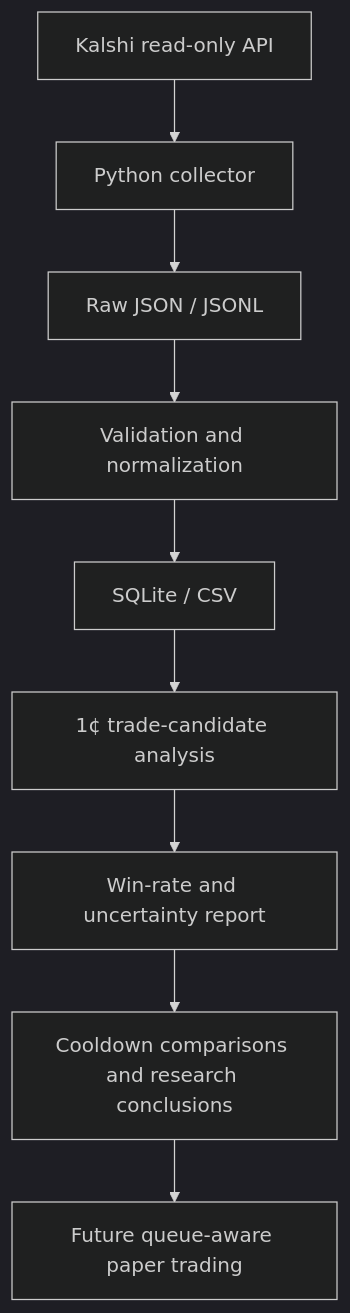
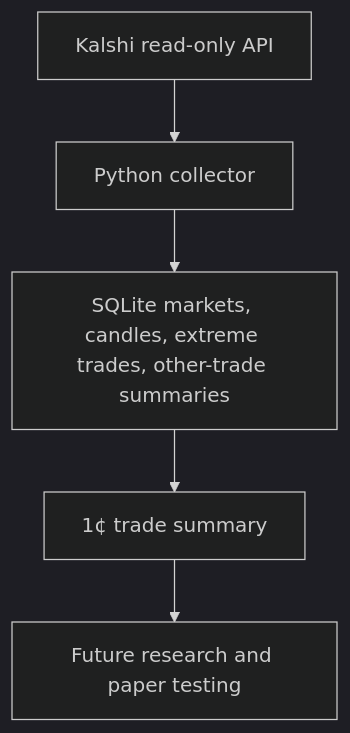
The diagram in README.md (Ganesh10101/BTC-15min-Bot-), drawn with Mermaid (dark theme) before and after one commit. The commit also changed other lines of this file and 7 other files, not shown here.

````diff
--- a/README.md
+++ b/README.md
@@ -85,11 +93,7 @@
 ```mermaid
 flowchart TD
     A[Kalshi read-only API] --> B[Python collector]
-    B --> C[Raw JSON / JSONL]
-    C --> D[Validation and normalization]
-    D --> E[SQLite / CSV]
-    E --> F[1¢ trade-candidate analysis]
-    F --> G[Win-rate and uncertainty report]
-    G --> H[Cooldown comparisons and research conclusions]
-    H --> I[Future queue-aware paper trading]
+    B --> C[SQLite markets, candles, extreme trades, other-trade summaries]
+    C --> D[1¢ trade summary]
+    D --> E[Future research and paper testing]
 ```
````
